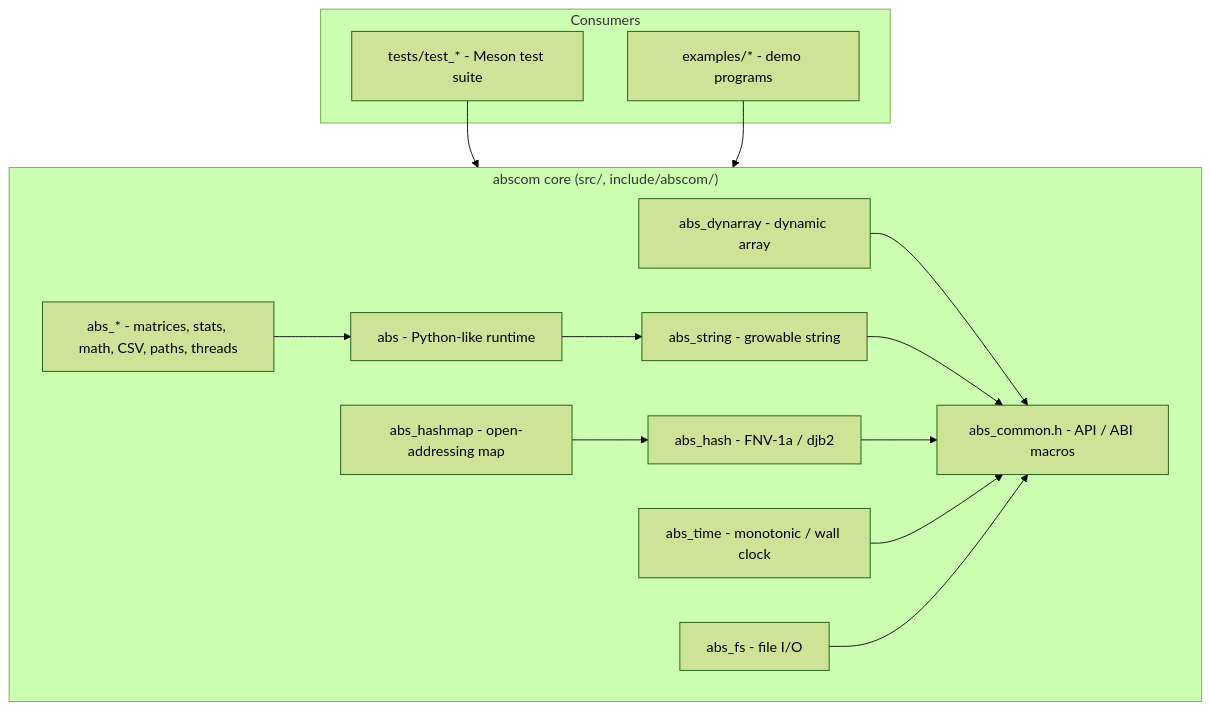
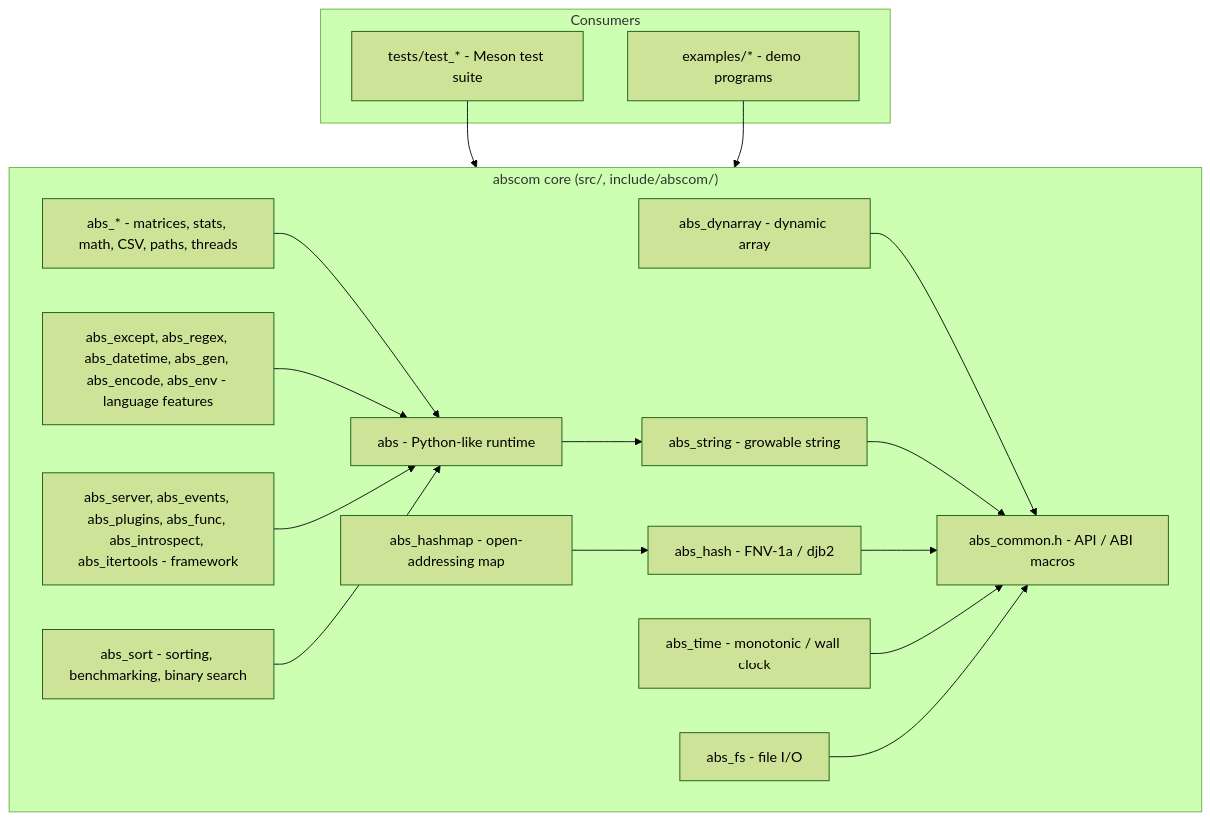
The diagram in README.md (rkriad585/Abscom), drawn with Mermaid (forest theme) before and after one commit. The commit also changed other lines of this file and 50 other files, not shown here.

Commit message:
Add language-features, framework, and algorithm-suite layers

````diff
--- a/README.md
+++ b/README.md
@@ -327,30 +430,36 @@
 ```mermaid
 graph TD
     subgraph core["abscom core (src/, include/abscom/)"]
         common[abs_common.h - API / ABI macros]
         dyn[abs_dynarray - dynamic array]
         str[abs_string - growable string]
         hash[abs_hash - FNV-1a / djb2]
         map[abs_hashmap - open-addressing map]
         time[abs_time - monotonic / wall clock]
         fs[abs_fs - file I/O]
         rt[abs - Python-like runtime]
         sci[abs_* - matrices, stats, math, CSV, paths, threads]
+        lang[abs_except, abs_regex, abs_datetime, abs_gen, abs_encode, abs_env - language features]
+        fw[abs_server, abs_events, abs_plugins, abs_func, abs_introspect, abs_itertools - framework]
+        algo[abs_sort - sorting, benchmarking, binary search]
     end
 
     subgraph users["Consumers"]
         tests[tests/test_* - Meson test suite]
         examples[examples/* - demo programs]
     end
 
     dyn --> common
     str --> common
     hash --> common
     map --> hash
     time --> common
     fs --> common
     rt --> str
     sci --> rt
+    lang --> rt
+    fw --> rt
+    algo --> rt
     tests --> core
     examples --> core
 ```
````
